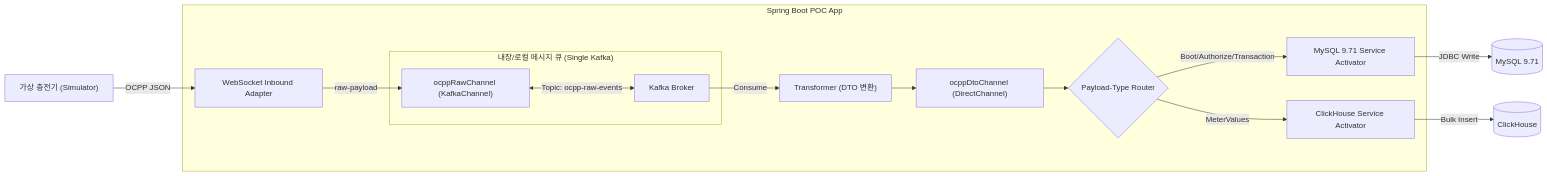
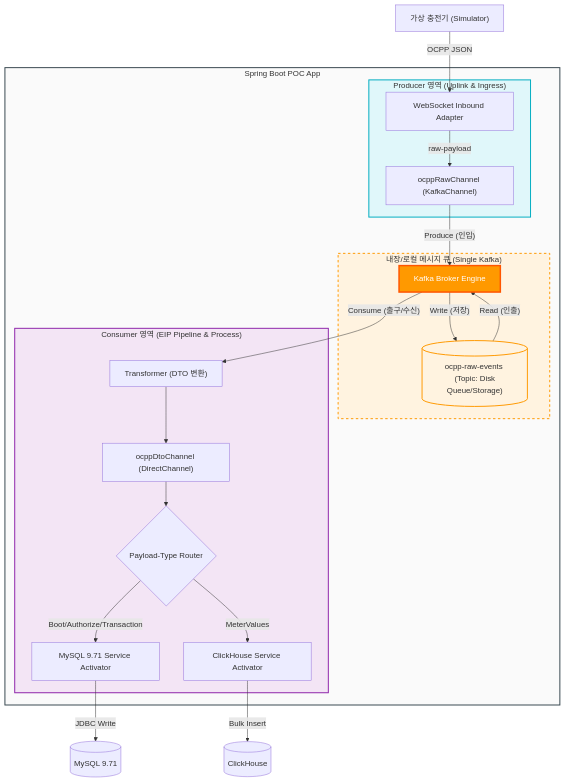
Before and after one commit to h2y-hyhong2/h2y-ocpp: the second of 2 diagrams in doc/01.standard_solution/05.poc.md, drawn with Mermaid. The commit also changed other lines of this file and 3 other files, not shown here.

````diff
--- a/doc/01.standard_solution/05.poc.md
+++ b/doc/01.standard_solution/05.poc.md
@@ -193,22 +229,40 @@
 ```mermaid
-flowchart LR
-    CP["가상 충전기 (Simulator)"] -->|OCPP JSON| WS["WebSocket Inbound Adapter"]
-    
+flowchart TD
+    CP["가상 충전기 (Simulator)"] -->|OCPP JSON| WS
+
     subgraph SpringBoot ["Spring Boot POC App"]
-        WS -->|raw-payload| KafkaChannel["ocppRawChannel (KafkaChannel)"]
-        
-        subgraph Kafka_Broker ["내장/로컬 메시지 큐 (Single Kafka)"]
-            KafkaChannel <-->|Topic: ocpp-raw-events| Broker["Kafka Broker"]
+        subgraph Producer_Zone ["Producer 영역 (Uplink & Ingress)"]
+            WS["WebSocket Inbound Adapter"] -->|raw-payload| KafkaChannel["ocppRawChannel (KafkaChannel)"]
         end
-        
-        Broker -->|Consume| Trans["Transformer (DTO 변환)"]
-        Trans --> DtoCh["ocppDtoChannel (DirectChannel)"]
-        DtoCh --> Router{"Payload-Type Router"}
-        
-        Router -->|Boot/Authorize/Transaction| PG_Act["MySQL 9.71 Service Activator"]
-        Router -->|MeterValues| CH_Act["ClickHouse Service Activator"]
+
+        subgraph Queue_Zone ["내장/로컬 메시지 큐 (Single Kafka)"]
+            Broker["Kafka Broker Engine"]
+            Topic[("ocpp-raw-events <br> (Topic: Disk Queue/Storage)")]
+            Broker -->|"Write (저장)"| Topic
+            Topic -->|"Read (인출)"| Broker
+        end
+
+        subgraph Consumer_Zone ["Consumer 영역 (EIP Pipeline & Process)"]
+            Trans["Transformer (DTO 변환)"] --> DtoCh["ocppDtoChannel (DirectChannel)"]
+            DtoCh --> Router{"Payload-Type Router"}
+            Router -->|Boot/Authorize/Transaction| PG_Act["MySQL 9.71 Service Activator"]
+            Router -->|MeterValues| CH_Act["ClickHouse Service Activator"]
+        end
     end
-    
+
     PG_Act -->|JDBC Write| PG[(MySQL 9.71)]
     CH_Act -->|Bulk Insert| CH[(ClickHouse)]
+
+    %% 연결 관계 (Producer -> Queue -> Consumer)
+    KafkaChannel -->|"Produce (인입)"| Broker
+    Broker -->|"Consume (출구/수신)"| Trans
+
+    %% 영역별 강조 스타일링
+    style Broker fill:#ff9900,stroke:#ff5500,stroke-width:3px,color:#fff
+    style Topic fill:#fff3e0,stroke:#ff9900,stroke-width:2px
+    style Queue_Zone fill:#fff3e0,stroke:#ff9900,stroke-width:2px,stroke-dasharray: 5 5
+    
+    style SpringBoot fill:#fafafa,stroke:#37474f,stroke-width:2px
+    style Producer_Zone fill:#e0f7fa,stroke:#00acc1,stroke-width:2px
+    style Consumer_Zone fill:#f3e5f5,stroke:#8e24aa,stroke-width:2px
 ```
````
